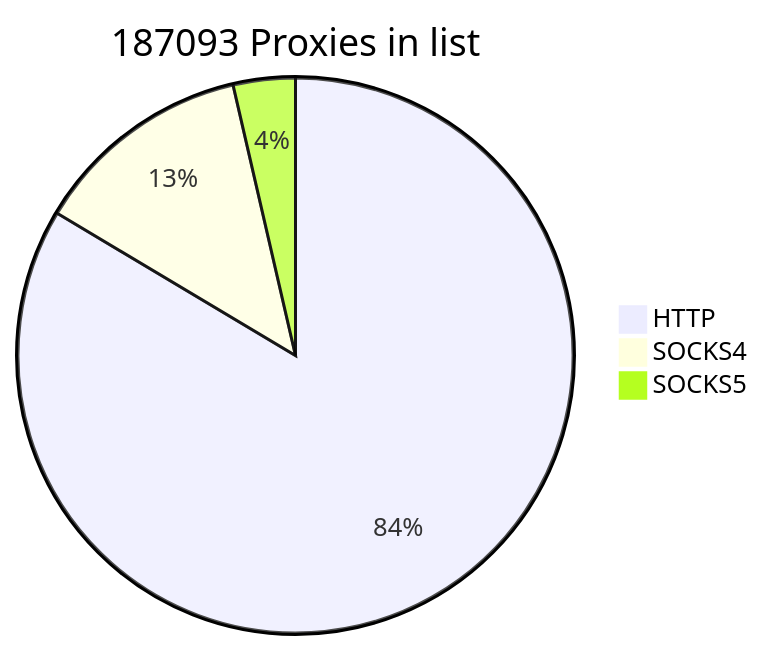
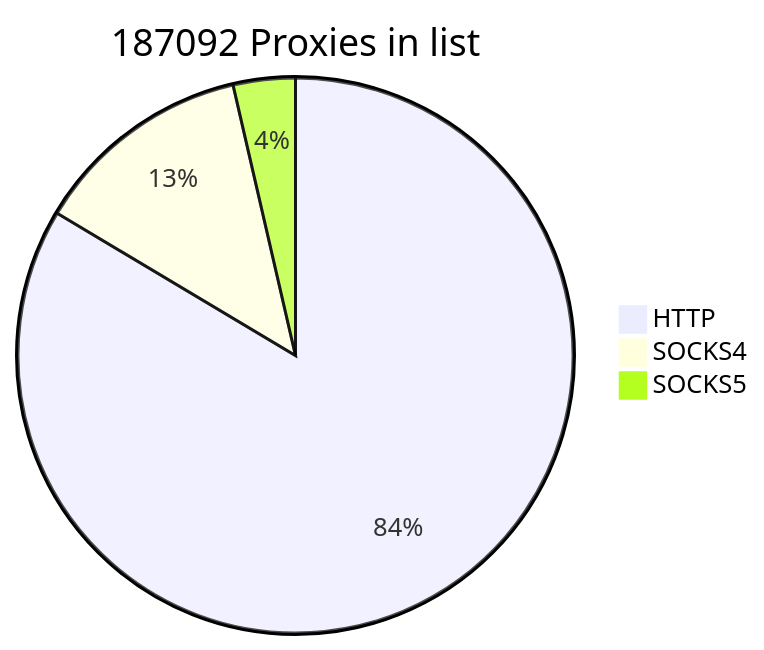
One commit to cutipu/proxylist changed the first of 2 diagrams in README.md. Above: the diagram before and after it, drawn with Mermaid. The commit also changed other lines of this file, not shown here.

````diff
--- a/README.md
+++ b/README.md
@@ -2,7 +2,7 @@
 ```mermaid
-pie title 187093 Proxies in list
-    "HTTP" : 156348
+pie title 187092 Proxies in list
+    "HTTP" : 156347
     "SOCKS4" : 23990
     "SOCKS5" : 6755
             
 ```
````
